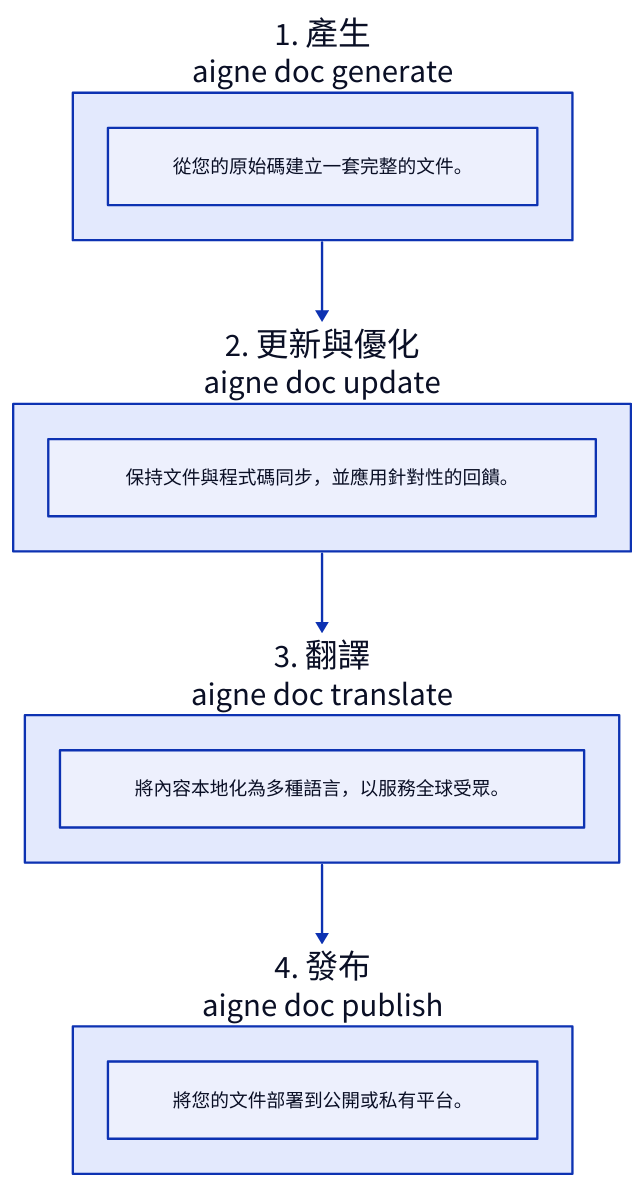
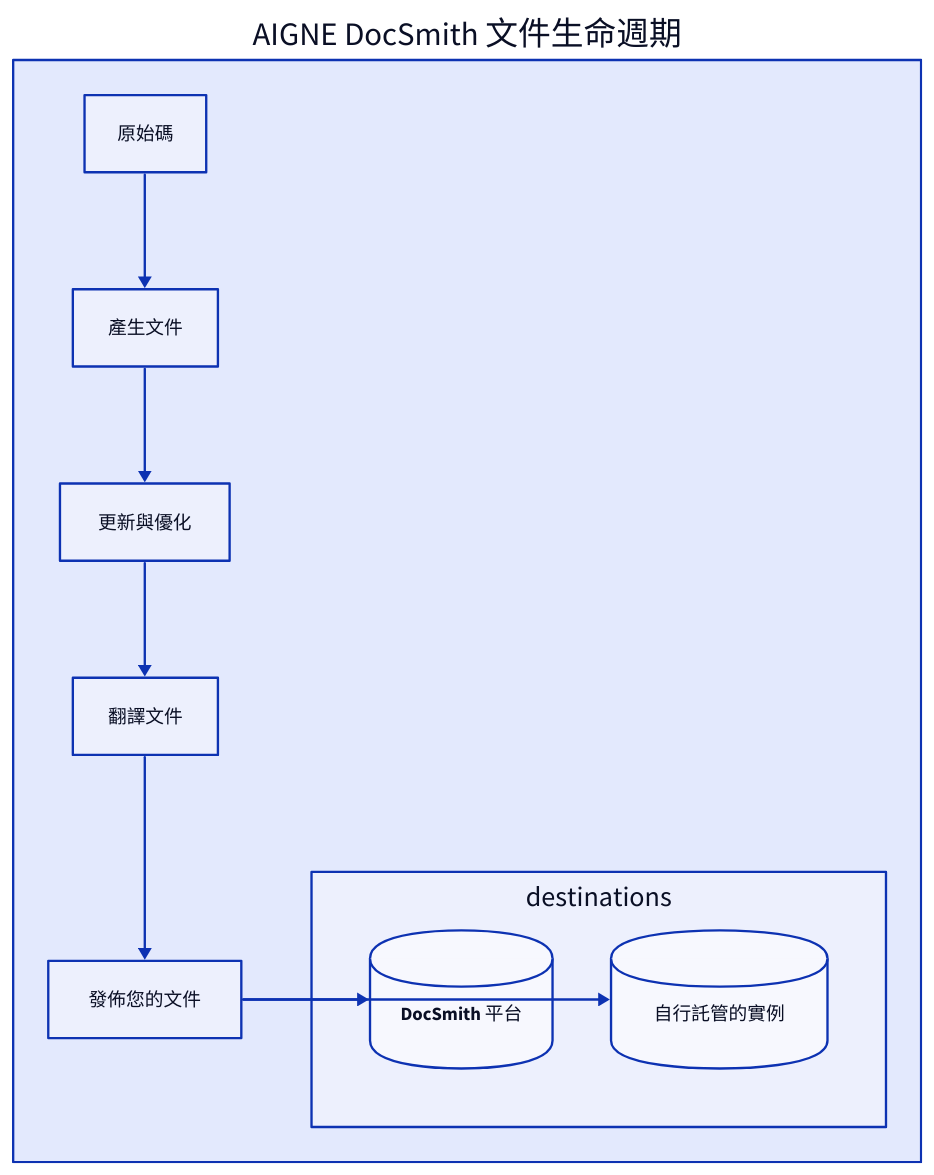
One commit to AIGNE-io/aigne-doc-smith changed the diagram in docs/features.zh-TW.md. Above: the diagram before and after it, drawn with D2. The commit also changed other lines of this file and 65 other files, not shown here.

````diff
--- a/docs/features.zh-TW.md
+++ b/docs/features.zh-TW.md
@@ -5,29 +5,39 @@
 ```d2
 direction: down
 
-Generate: {
-  label: "1. 產生\naigne doc generate"
-  shape: rectangle
-  description: "從您的原始碼建立一套完整的文件。"
+AIGNE-DocSmith-Workflow: {
+  label: "AIGNE DocSmith 文件生命週期"
+  
+  source-code: "原始碼"
+
+  generate: "產生文件"
+
+  refine: "更新與優化"
+
+  translate: "翻譯文件"
+
+  publish: "發佈您的文件"
+
+  destinations: {
+    grid-columns: 2
+    grid-gap: 50
+
+    docsmith-platform: {
+      label: "DocSmith 平台"
+      shape: cylinder
+    }
+
+    self-hosted: {
+      label: "自行託管的實例"
+      shape: cylinder
+    }
+  }
 }
 
-Refine: {
-  label: "2. 更新與優化\naigne doc update"
-  shape: rectangle
-  description: "保持文件與程式碼同步，並應用針對性的回饋。"
-}
-
-Translate: {
-  label: "3. 翻譯\naigne doc translate"
-  shape: rectangle
-  description: "將內容本地化為多種語言，以服務全球受眾。"
-}
-
-Publish: {
-  label: "4. 發布\naigne doc publish"
-  shape: rectangle
-  description: "將您的文件部署到公開或私有平台。"
-}
-
-Generate -> Refine -> Translate -> Publish
+AIGNE-DocSmith-Workflow.source-code -> AIGNE-DocSmith-Workflow.generate
+AIGNE-DocSmith-Workflow.generate -> AIGNE-DocSmith-Workflow.refine
+AIGNE-DocSmith-Workflow.refine -> AIGNE-DocSmith-Workflow.translate
+AIGNE-DocSmith-Workflow.translate -> AIGNE-DocSmith-Workflow.publish
+AIGNE-DocSmith-Workflow.publish -> AIGNE-DocSmith-Workflow.destinations.docsmith-platform
+AIGNE-DocSmith-Workflow.publish -> AIGNE-DocSmith-Workflow.destinations.self-hosted
 ```
````
